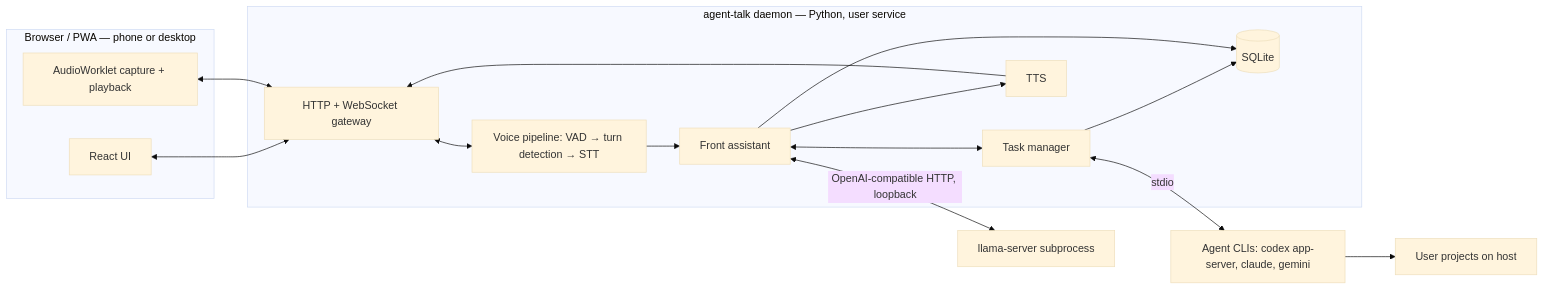
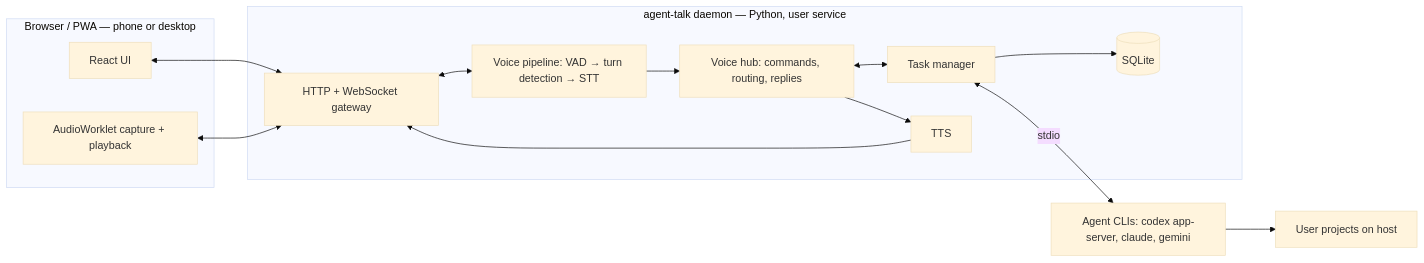
One commit to hey-sennet/sennet changed the diagram in docs/HLD.md. Above: the diagram before and after it, drawn with Mermaid (base theme). The commit also changed other lines of this file and 32 other files, not shown here.

````diff
--- a/docs/HLD.md
+++ b/docs/HLD.md
@@ -36,29 +38,26 @@
 ```mermaid
 flowchart LR
     subgraph Client[Browser / PWA — phone or desktop]
         UI[React UI]
         AW[AudioWorklet capture + playback]
     end
     subgraph Daemon[agent-talk daemon — Python, user service]
         WS[HTTP + WebSocket gateway]
         VOICE[Voice pipeline: VAD → turn detection → STT]
-        FRONT[Front assistant]
+        HUB[Voice hub: commands, routing, replies]
         TASKS[Task manager]
         TTS[TTS]
         DB[(SQLite)]
         WS <--> VOICE
-        VOICE --> FRONT
-        FRONT <--> TASKS
-        FRONT --> TTS --> WS
+        VOICE --> HUB
+        HUB <--> TASKS
+        HUB --> TTS --> WS
         TASKS --> DB
-        FRONT --> DB
     end
-    LLM[llama-server subprocess]
     AG[Agent CLIs: codex app-server, claude, gemini]
     FS[User projects on host]
     UI <--> WS
     AW <--> WS
-    FRONT <-->|OpenAI-compatible HTTP, loopback| LLM
     TASKS <-->|stdio| AG
     AG --> FS
 ```
````
